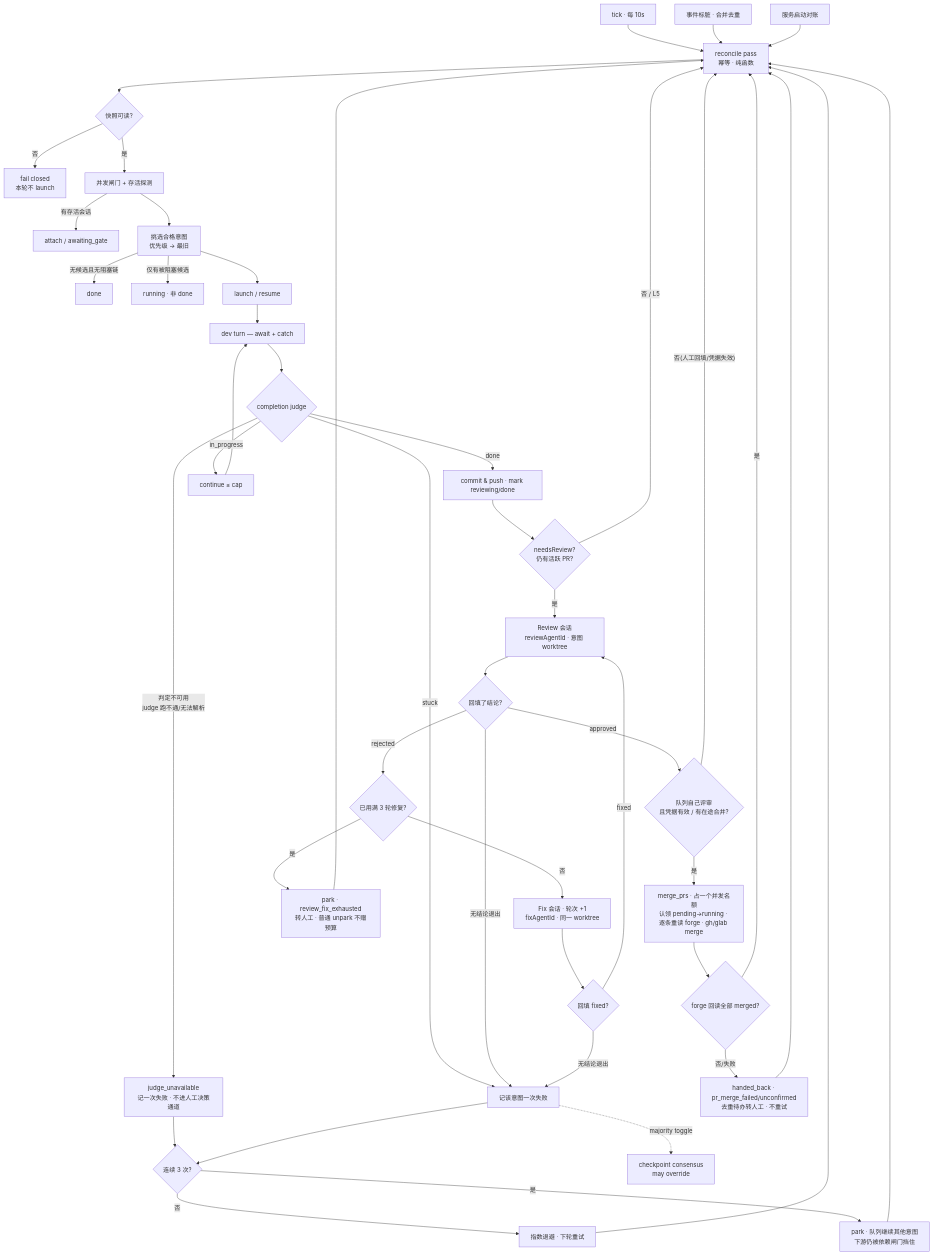
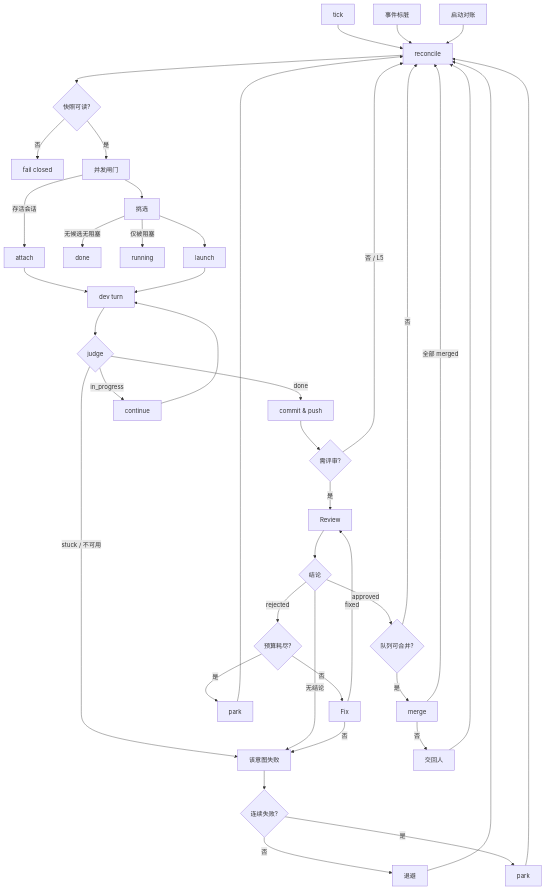
One commit to sequencestream/c3 changed the diagram in doc/flows/flow-automation-orchestrator.md. Above: the diagram before and after it, drawn with Mermaid. The commit also changed other lines of this file and 128 other files, not shown here.

````diff
--- a/doc/flows/flow-automation-orchestrator.md
+++ b/doc/flows/flow-automation-orchestrator.md
@@ -23,47 +11,43 @@
 ```mermaid
 flowchart TD
-    T1[tick · 每 10s] --> P
-    T2[事件标脏 · 合并去重] --> P
-    T3[服务启动对账] --> P
-    P[reconcile pass<br/>幂等 · 纯函数] --> SNAP{快照可读?}
-    SNAP -- 否 --> FC[fail closed<br/>本轮不 launch]
-    SNAP -- 是 --> GATE[并发闸门 + 存活探测]
-    GATE -- 有存活会话 --> ATT[attach / awaiting_gate]
-    GATE --> PICK[挑选合格意图<br/>优先级 → 最旧]
-    PICK -- 无候选且无阻塞链 --> DONE[done]
-    PICK -- 仅有被阻塞候选 --> RUN[running · 非 done]
-    PICK --> ACT[launch / resume]
-    ACT --> DEVT[dev turn — await + catch]
-    DEVT --> J{completion judge}
-    J -- done --> CP[commit & push · mark reviewing/done]
-    J -- in_progress --> CONT[continue ≤ cap]
-    J -- stuck --> FAIL[记该意图一次失败]
-    J -- 判定不可用<br/>judge 跑不通/无法解析 --> FAILU[judge_unavailable<br/>记一次失败 · 不进人工决策通道]
+    T1[tick] --> P
+    T2[事件标脏] --> P
+    T3[启动对账] --> P
+    P[reconcile] --> SNAP{快照可读?}
+    SNAP -- 否 --> FC[fail closed]
+    SNAP -- 是 --> GATE[并发闸门]
+    GATE -- 存活会话 --> ATT[attach]
+    GATE --> PICK[挑选]
+    PICK -- 无候选无阻塞 --> DONE[done]
+    PICK -- 仅被阻塞 --> RUN[running]
+    PICK --> ACT[launch]
+    ATT --> DEVT
+    ACT --> DEVT[dev turn]
+    DEVT --> J{judge}
+    J -- done --> CP[commit & push]
+    J -- in_progress --> CONT[continue]
+    J -- stuck / 不可用 --> FAIL[该意图失败]
     CONT --> DEVT
-    FAILU --> BO
-    FAIL --> BO{连续 3 次?}
-    BO -- 否 --> BACK[指数退避 · 下轮重试]
-    BO -- 是 --> PARK[park · 队列继续其他意图<br/>下游仍被依赖闸门挡住]
-    CP --> RL{needsReview?<br/>仍有活跃 PR?}
+    FAIL --> BO{连续失败?}
+    BO -- 否 --> BACK[退避]
+    BO -- 是 --> PARK[park]
+    CP --> RL{需评审?}
     RL -- 否 / L5 --> P
-    RL -- 是 --> REV[Review 会话<br/>reviewAgentId · 意图 worktree]
-    REV --> RS{回填了结论?}
-    RS -- 无结论退出 --> FAIL
-    RS -- approved --> MG{队列自己评审<br/>且凭据有效 / 有在途合并?}
-    MG -- 否(人工回填/凭据失效) --> P
-    MG -- 是 --> MRG[merge_prs · 占一个并发名额<br/>认领 pending→running · 逐条重读 forge · gh/glab merge]
-    MRG --> SYNC{forge 回读全部 merged?}
-    SYNC -- 是 --> P
-    SYNC -- 否/失败 --> HB[handed_back · pr_merge_failed/unconfirmed<br/>去重待办转人工 · 不重试]
+    RL -- 是 --> REV[Review]
+    REV --> RS{结论}
+    RS -- 无结论 --> FAIL
+    RS -- approved --> MG{队列可合并?}
+    MG -- 否 --> P
+    MG -- 是 --> MRG[merge]
+    MRG -- 全部 merged --> P
+    MRG -- 否 --> HB[交回人]
     HB --> P
-    RS -- rejected --> RB{已用满 3 轮修复?}
-    RB -- 是 --> PARKX[park · review_fix_exhausted<br/>转人工 · 普通 unpark 不赠预算]
-    RB -- 否 --> FIX[Fix 会话 · 轮次 +1<br/>fixAgentId · 同一 worktree]
-    FIX --> FS{回填 fixed?}
-    FS -- 无结论退出 --> FAIL
-    FS -- fixed --> REV
+    RS -- rejected --> RB{预算耗尽?}
+    RB -- 是 --> PARKX[park]
+    RB -- 否 --> FIX[Fix]
+    FIX -- fixed --> REV
+    FIX -- 否 --> FAIL
     BACK --> P
     PARK --> P
     PARKX --> P
-    FAIL -. majority toggle .-> CC[checkpoint consensus<br/>may override]
 ```
````
